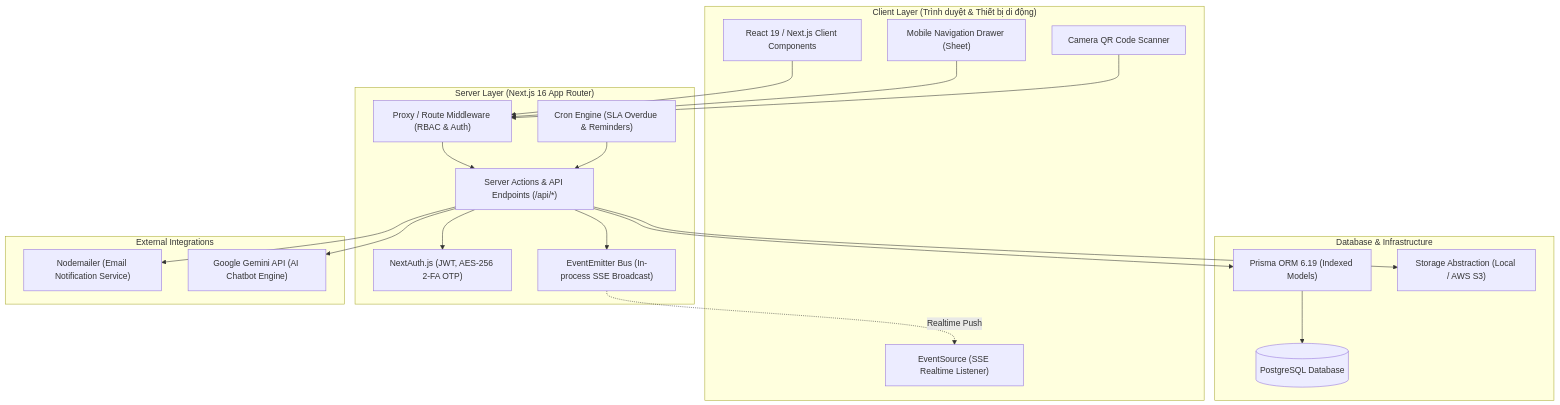
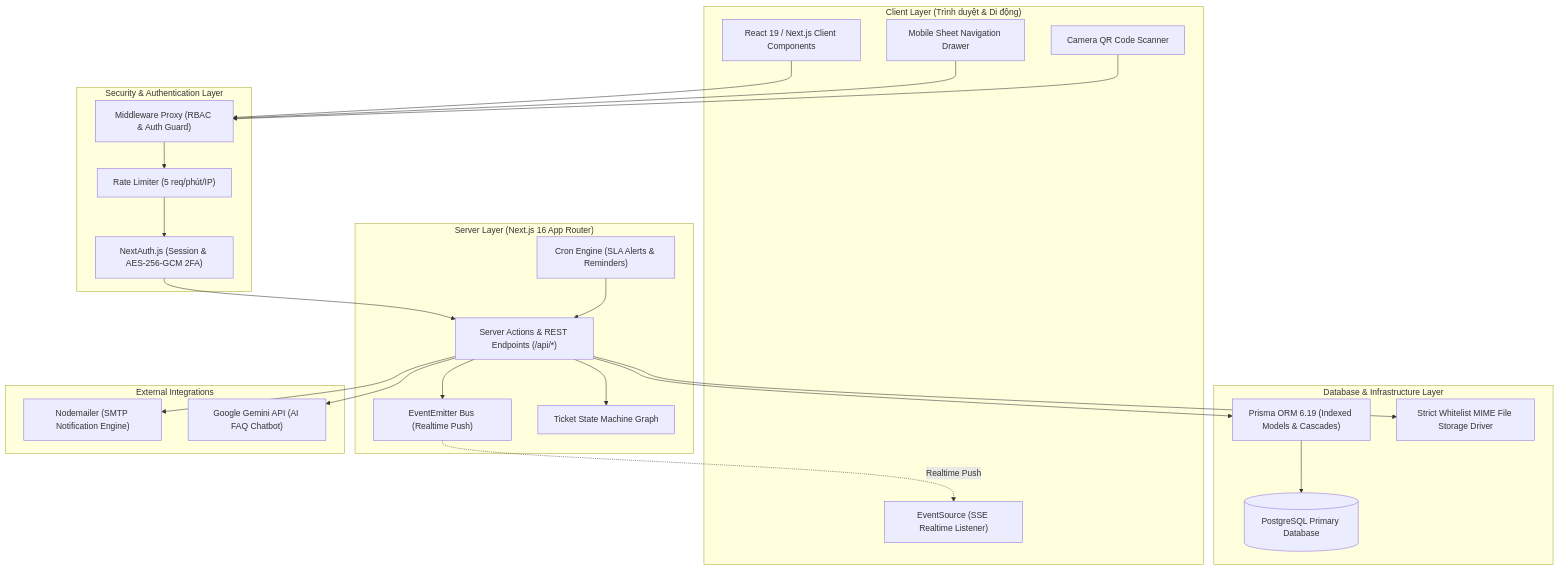
One commit to Lacia1803/dlu-onedesk changed the diagram in README.md. Above: the diagram before and after it, drawn with Mermaid. The commit also changed other lines of this file and 98 other files, not shown here.

````diff
--- a/README.md
+++ b/README.md
@@ -22,42 +32,49 @@
 ```mermaid
 flowchart TB
-    subgraph ClientLayer ["Client Layer (Trình duyệt & Thiết bị di động)"]
+    subgraph ClientLayer ["Client Layer (Trình duyệt & Di động)"]
         UI["React 19 / Next.js Client Components"]
-        MobileDrawer["Mobile Navigation Drawer (Sheet)"]
+        MobileDrawer["Mobile Sheet Navigation Drawer"]
         QRScanner["Camera QR Code Scanner"]
         SSEListener["EventSource (SSE Realtime Listener)"]
     end
 
-    subgraph ServerLayer ["Server Layer (Next.js 16 App Router)"]
-        Middleware["Proxy / Route Middleware (RBAC & Auth)"]
-        APIRoutes["Server Actions & API Endpoints (/api/*)"]
-        AuthModule["NextAuth.js (JWT, AES-256 2-FA OTP)"]
-        SSEEngine["EventEmitter Bus (In-process SSE Broadcast)"]
-        Scheduler["Cron Engine (SLA Overdue & Reminders)"]
+    subgraph SecurityLayer ["Security & Authentication Layer"]
+        Middleware["Middleware Proxy (RBAC & Auth Guard)"]
+        RateLimiter["Rate Limiter (5 req/phút/IP)"]
+        AuthModule["NextAuth.js (Session & AES-256-GCM 2FA)"]
     end
 
-    subgraph DBLayer ["Database & Infrastructure"]
-        PrismaORM["Prisma ORM 6.19 (Indexed Models)"]
-        PostgreSQL[("PostgreSQL Database")]
-        StorageDriver["Storage Abstraction (Local / AWS S3)"]
+    subgraph ServerLayer ["Server Layer (Next.js 16 App Router)"]
+        APIRoutes["Server Actions & REST Endpoints (/api/*)"]
+        SSEEngine["EventEmitter Bus (Realtime Push)"]
+        StateMachine["Ticket State Machine Graph"]
+        Scheduler["Cron Engine (SLA Alerts & Reminders)"]
+    end
+
+    subgraph DBLayer ["Database & Infrastructure Layer"]
+        PrismaORM["Prisma ORM 6.19 (Indexed Models & Cascades)"]
+        PostgreSQL[("PostgreSQL Primary Database")]
+        StorageDriver["Strict Whitelist MIME File Storage Driver"]
     end
 
     subgraph ExternalServices ["External Integrations"]
-        SMTP["Nodemailer (Email Notification Service)"]
-        GeminiAI["Google Gemini API (AI Chatbot Engine)"]
+        SMTP["Nodemailer (SMTP Notification Engine)"]
+        GeminiAI["Google Gemini API (AI FAQ Chatbot)"]
     end
 
     UI --> Middleware
     MobileDrawer --> Middleware
     QRScanner --> Middleware
-    Middleware --> APIRoutes
-    APIRoutes --> AuthModule
+    Middleware --> RateLimiter
+    RateLimiter --> AuthModule
+    AuthModule --> APIRoutes
+    APIRoutes --> StateMachine
     APIRoutes --> SSEEngine
     SSEEngine -.->|"Realtime Push"| SSEListener
     APIRoutes --> PrismaORM
     PrismaORM --> PostgreSQL
     APIRoutes --> StorageDriver
     APIRoutes --> SMTP
     APIRoutes --> GeminiAI
     Scheduler --> APIRoutes
 ```
````
